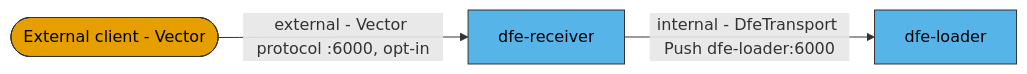
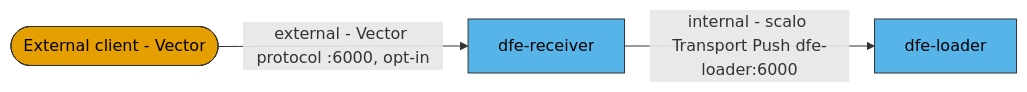
The fourth of 4 diagrams in docs/architecture.md (hyperi-io/dfe-docker), drawn with Mermaid before and after one commit. The commit also changed other lines of this file and 17 other files, not shown here.

````diff
--- a/docs/architecture.md
+++ b/docs/architecture.md
@@ -135,12 +180,12 @@
 ```mermaid
 flowchart LR
     classDef ext fill:#E69F00,stroke:#333333,color:#000000
     classDef dfe fill:#56B4E9,stroke:#333333,color:#000000
 
     client(["External client - Vector"]):::ext
     receiver["dfe-receiver"]:::dfe
     loader["dfe-loader"]:::dfe
 
     client -->|external - Vector protocol :6000, opt-in| receiver
-    receiver -->|internal - DfeTransport Push dfe-loader:6000| loader
+    receiver -->|internal - scalo Transport Push dfe-loader:6000| loader
 ```
````
